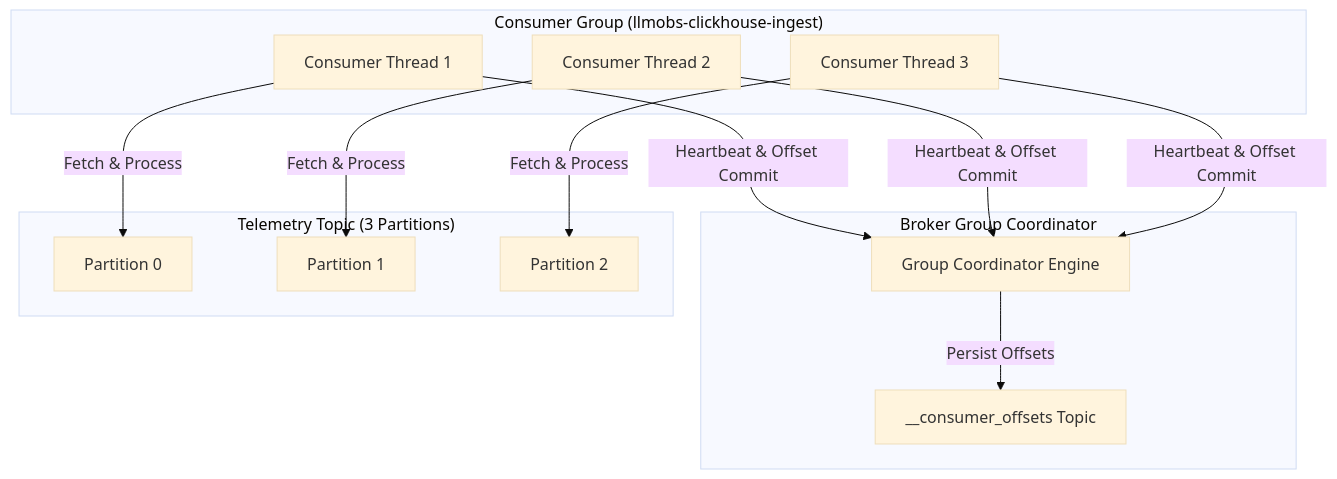
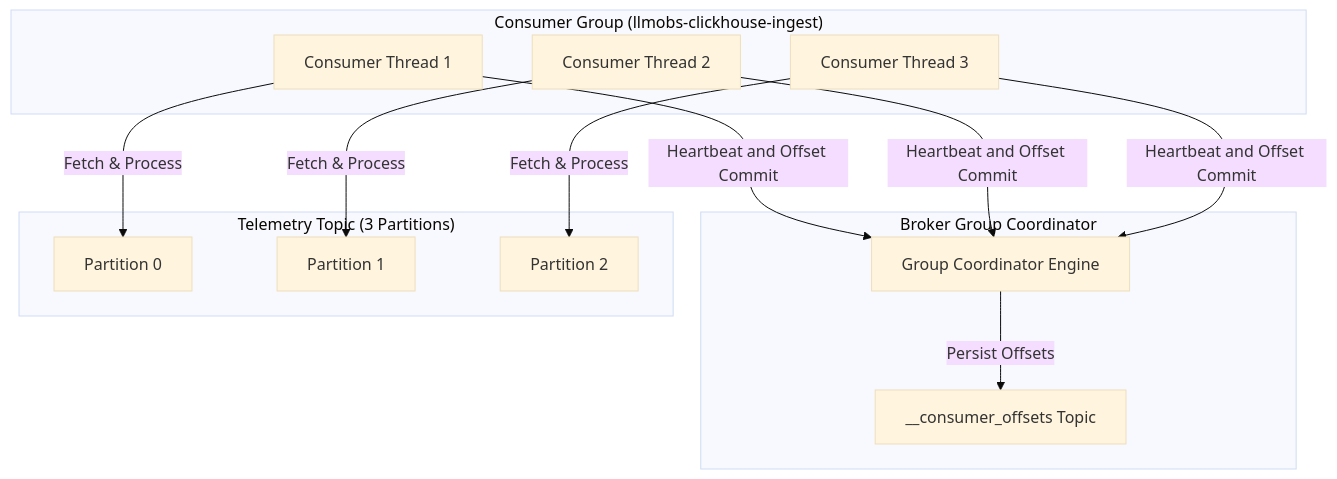
The eighth of 14 diagrams in docs/configDoc/kafka-configuration-guide.md (Chief-Strategist-J/llm-obs-infra), drawn with Mermaid (base theme) before and after one commit. The commit also changed other lines of this file, not shown here.

Commit message:
fix(docs): resolve Mermaid syntax parse error on Consumer & Producer LLD diagrams in kafka-configuration-guide.md

````diff
--- a/docs/configDoc/kafka-configuration-guide.md
+++ b/docs/configDoc/kafka-configuration-guide.md
@@ -271,26 +278,28 @@
 ```mermaid
 graph TD
     subgraph Consumer Group ["Consumer Group (llmobs-clickhouse-ingest)"]
         C1["Consumer Thread 1"]
         C2["Consumer Thread 2"]
         C3["Consumer Thread 3"]
     end
 
     subgraph Broker Group Coordinator ["Broker Group Coordinator"]
         Coord["Group Coordinator Engine"]
         OffsetTopic["__consumer_offsets Topic"]
     end
 
     subgraph Kafka Topic Partitions ["Telemetry Topic (3 Partitions)"]
         P0["Partition 0"]
         P1["Partition 1"]
         P2["Partition 2"]
     end
 
     C1 -->|Fetch & Process| P0
     C2 -->|Fetch & Process| P1
     C3 -->|Fetch & Process| P2
 
-    C1 & C2 & C3 -->|Heartbeat & Offset Commit| Coord
+    C1 -->|Heartbeat and Offset Commit| Coord
+    C2 -->|Heartbeat and Offset Commit| Coord
+    C3 -->|Heartbeat and Offset Commit| Coord
     Coord -->|Persist Offsets| OffsetTopic
 ```
````
